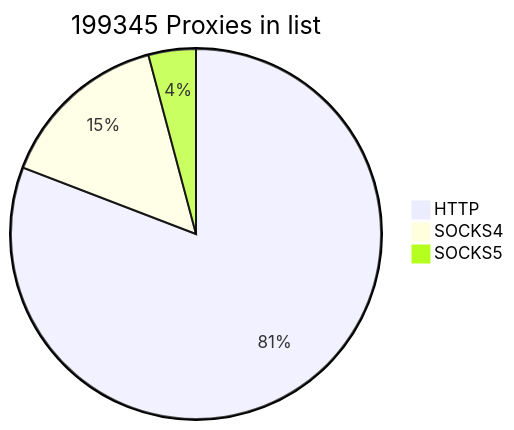
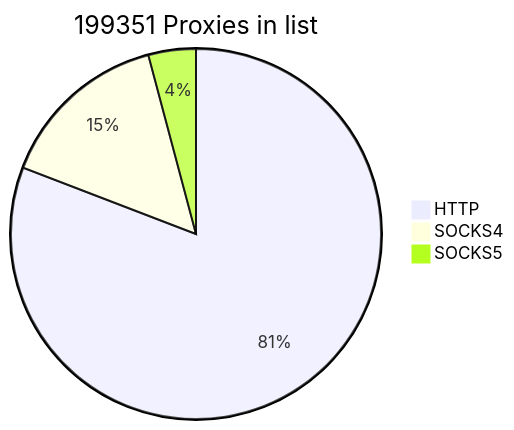
Before and after one commit to cutipu/proxylist: the first of 2 diagrams in README.md, drawn with Mermaid. The commit also changed other lines of this file, not shown here.

````diff
--- a/README.md
+++ b/README.md
@@ -2,7 +2,7 @@
 ```mermaid
-pie title 199345 Proxies in list
-    "HTTP" : 161128
+pie title 199351 Proxies in list
+    "HTTP" : 161127
     "SOCKS4" : 29967
-    "SOCKS5" : 8250
+    "SOCKS5" : 8257
             
 ```
````
